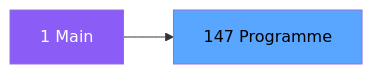
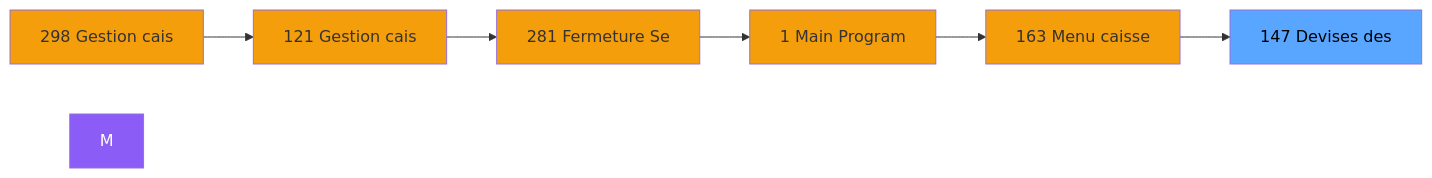
The second of 3 diagrams in .openspec/specs/ADH-IDE-147.md (thonyAGP/magic-migration), drawn with Mermaid before and after one commit. The commit also changed other lines of this file and 323 other files, not shown here.

````diff
--- a/.openspec/specs/ADH-IDE-147.md
+++ b/.openspec/specs/ADH-IDE-147.md
@@ -106,8 +115,21 @@
 ```mermaid
 graph LR
-    M[1 Main]
-    T[147 Programme]
-    M --> T
+    N298[298 Gestion cais]
+    N121[121 Gestion cais]
+    N281[281 Fermeture Se]
+    N1[1 Main Program]
+    N163[163 Menu caisse ]
+    T[147 Devises des ]
+    N298 --> N121
+    N121 --> N281
+    N281 --> N1
+    N1 --> N163
+    N163 --> T
     style M fill:#8b5cf6,color:#fff
+    style N298 fill:#f59e0b
+    style N121 fill:#f59e0b
+    style N281 fill:#f59e0b
+    style N1 fill:#f59e0b
+    style N163 fill:#f59e0b
     style T fill:#58a6ff,color:#000
 ```
````
